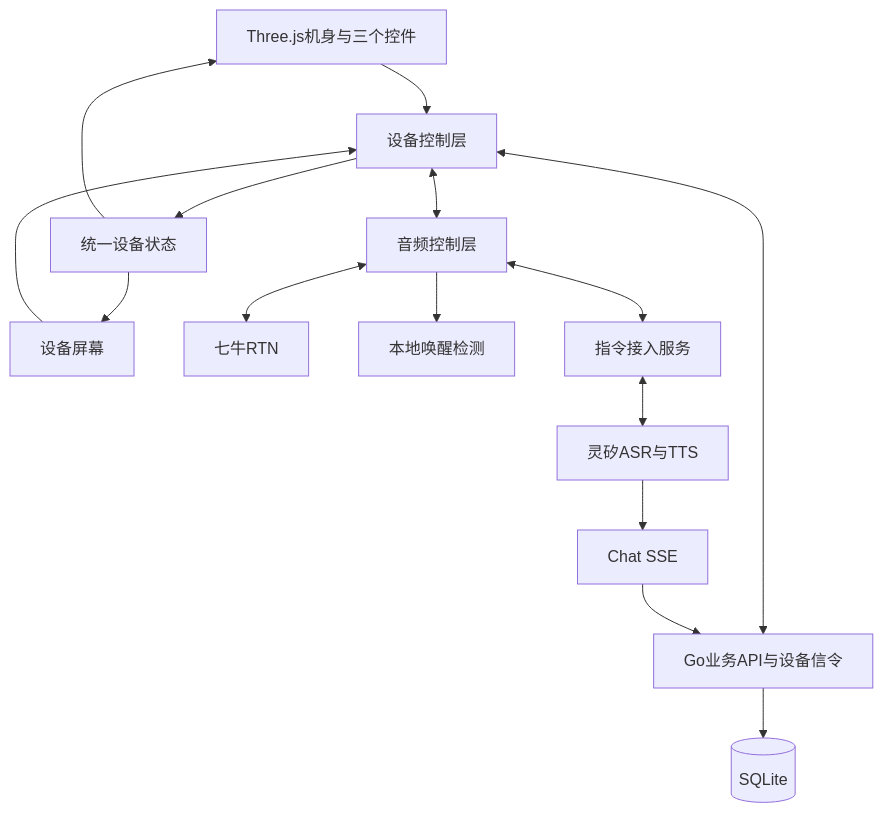
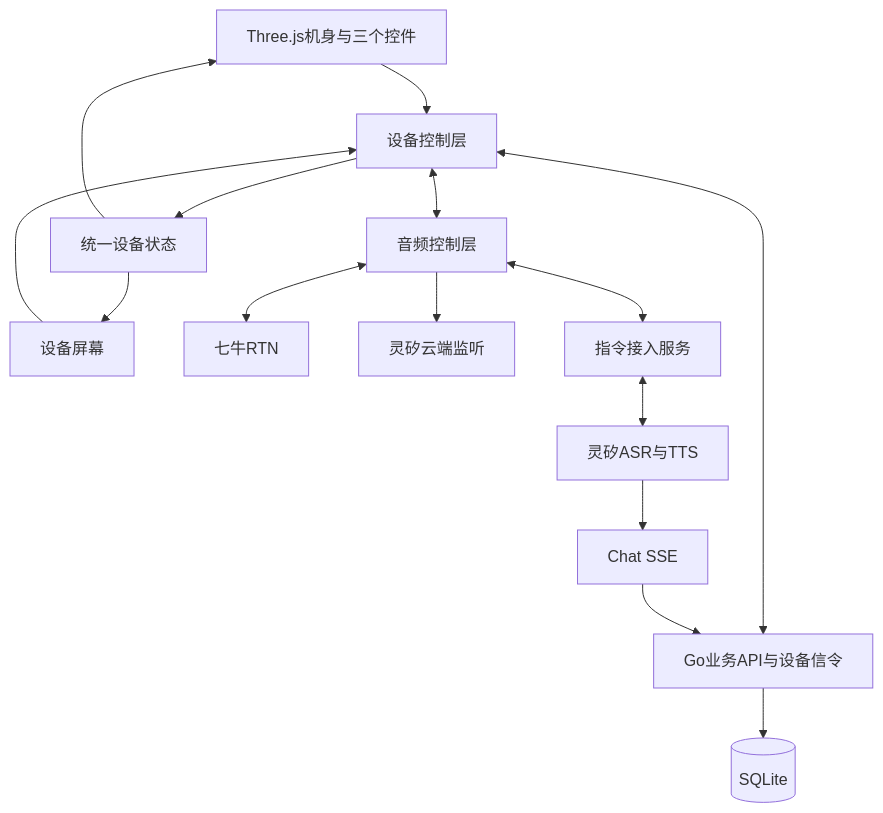
Before and after one commit to AdairZeng/fleet-ptt: the first of 3 diagrams in docs/technical-design.md, drawn with Mermaid. The commit also changed other lines of this file and 17 other files, not shown here.

````diff
--- a/docs/technical-design.md
+++ b/docs/technical-design.md
@@ -24,17 +24,17 @@
 ```mermaid
 flowchart TB
   shell[Three.js机身与三个控件] --> control[设备控制层]
   screen[设备屏幕] --> control
   control --> state[统一设备状态]
   state --> shell
   state --> screen
   control <--> api[Go业务API与设备信令]
   control <--> audio[音频控制层]
   audio <--> rtc[七牛RTN]
-  audio --> wake[本地唤醒检测]
+  audio --> wake[灵矽云端监听]
   audio <--> bridge[指令接入服务]
   bridge <--> linx[灵矽ASR与TTS]
   linx --> chat[Chat SSE]
   chat --> api
   api --> db[(SQLite)]
 ```
````
